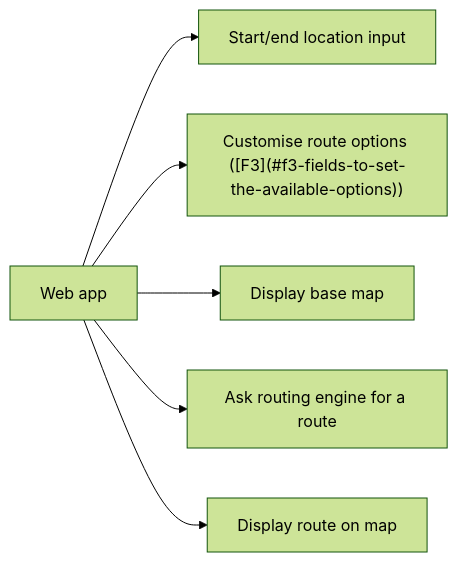
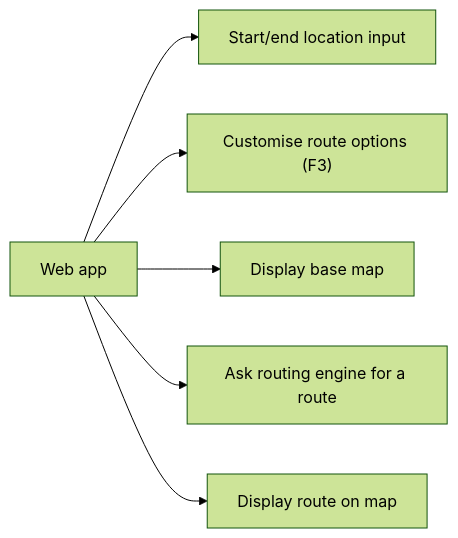
The diagram in docs/readme.md (RandomSearch18/a-level-project), drawn with Mermaid (forest theme) before and after one commit.

Commit message:
Try a different way to do links in Mermaid

````diff
--- a/docs/readme.md
+++ b/docs/readme.md
@@ -820,9 +820,10 @@
 ```mermaid
 graph LR
   A[Web app]
   A --> B["`Start/end location input`"]
-  A --> C["`Customise route options ([F3](#f3-fields-to-set-the-available-options))`"]
+  A --> C["`Customise route options (F3)`"]
+  click C "#f3-fields-to-set-the-available-options"
   A --> D[Display base map]
   A --> E[Ask routing engine for a route]
   A --> F[Display route on map]
 ```
````
